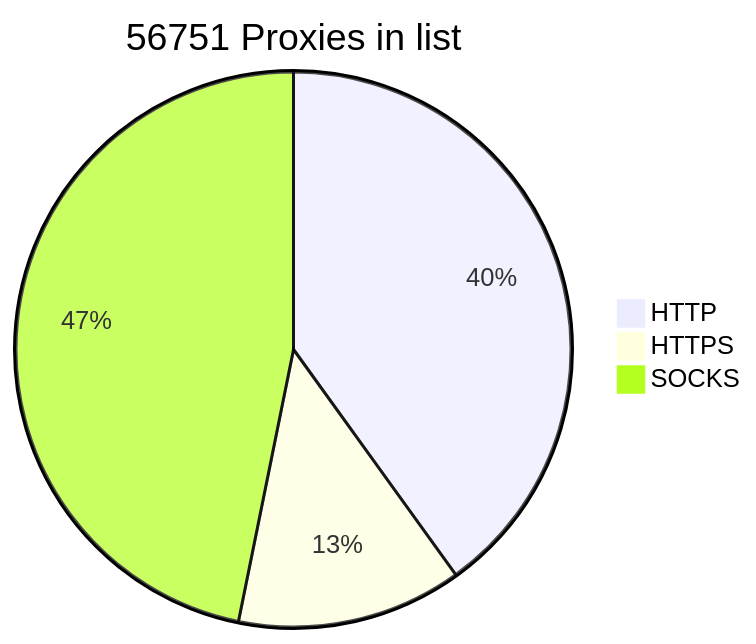
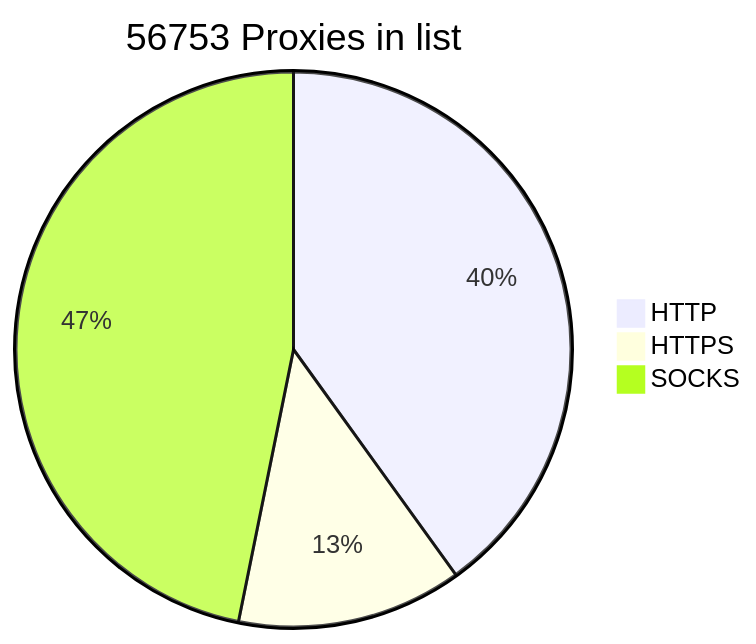
Before and after one commit to BlackSnowDot/proxylist-update-every-minute: the diagram in README.md, drawn with Mermaid.

````diff
--- a/README.md
+++ b/README.md
@@ -2,6 +2,6 @@
 ```mermaid
-pie title 56751 Proxies in list
+pie title 56753 Proxies in list
     "HTTP" : 25566
     "HTTPS": 8369
-    "SOCKS" : 29877
+    "SOCKS" : 29879
 ```
````
